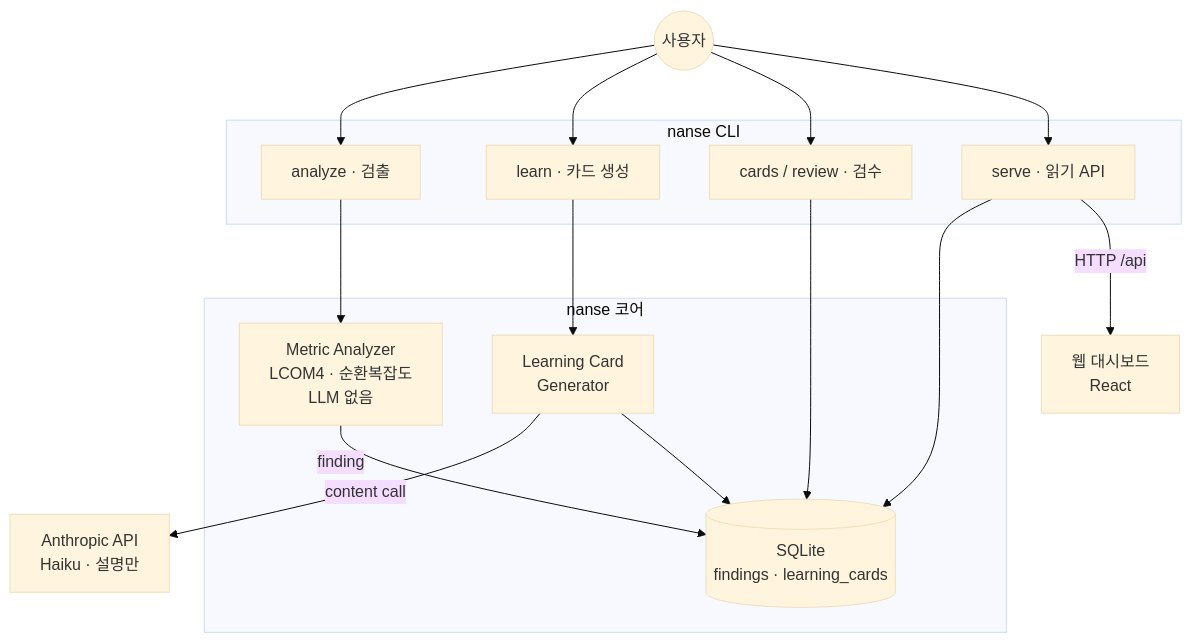
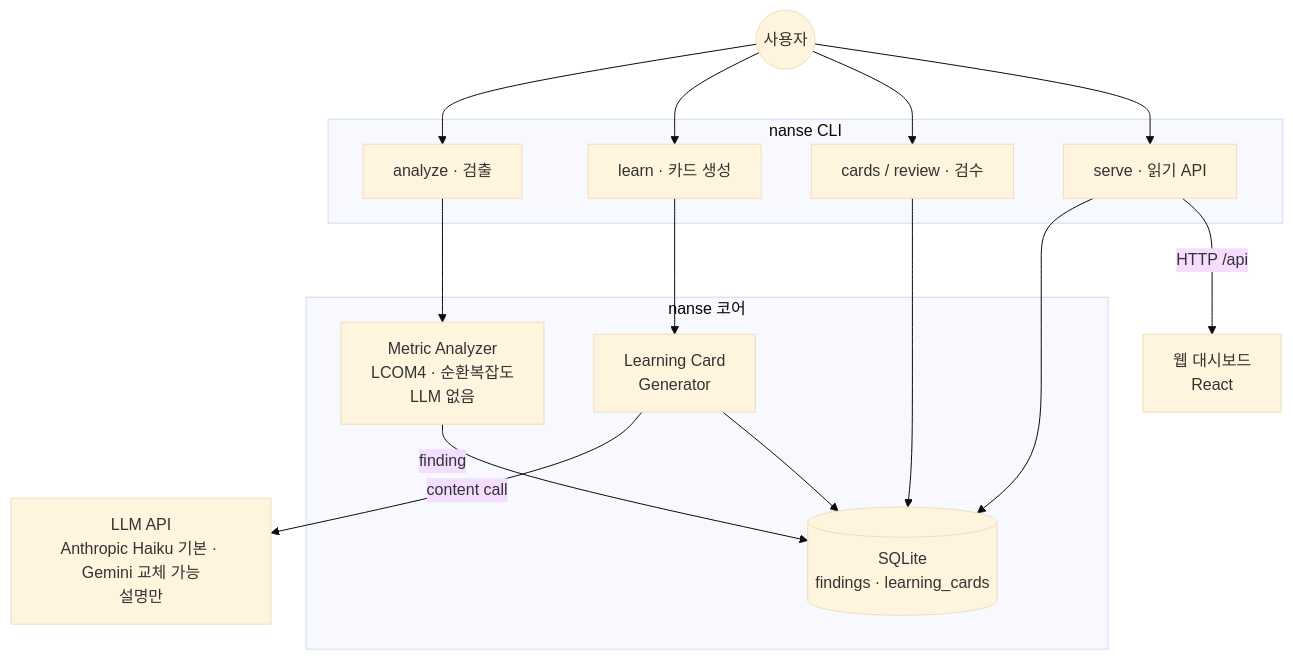
Before and after one commit to YujunOh/NaN-SE: the first of 3 diagrams in docs/ARCHITECTURE.md, drawn with Mermaid (base theme). The commit also changed other lines of this file and 11 other files, not shown here.

Commit message:
feat: 학습 카드 LLM provider 교체 가능 (Anthropic/Gemini)

````diff
--- a/docs/ARCHITECTURE.md
+++ b/docs/ARCHITECTURE.md
@@ -19,29 +19,29 @@
 ```mermaid
 flowchart TB
     User((사용자))
-    Anthropic[Anthropic API<br/>Haiku · 설명만]
+    Anthropic[LLM API<br/>Anthropic Haiku 기본 · Gemini 교체 가능<br/>설명만]
 
     subgraph CLI["nanse CLI"]
         AN[analyze · 검출]
         LE[learn · 카드 생성]
         RV[cards / review · 검수]
         SV[serve · 읽기 API]
     end
 
     subgraph Core["nanse 코어"]
         MA[Metric Analyzer<br/>LCOM4 · 순환복잡도<br/>LLM 없음]
         LC[Learning Card<br/>Generator]
         DB[(SQLite<br/>findings · learning_cards)]
     end
 
     Web[웹 대시보드<br/>React]
 
     User --> AN --> MA
     MA -->|finding| DB
     User --> LE --> LC
     LC -->|content call| Anthropic
     LC --> DB
     User --> RV --> DB
     User --> SV --> DB
     SV -->|HTTP /api| Web
 ```
````
